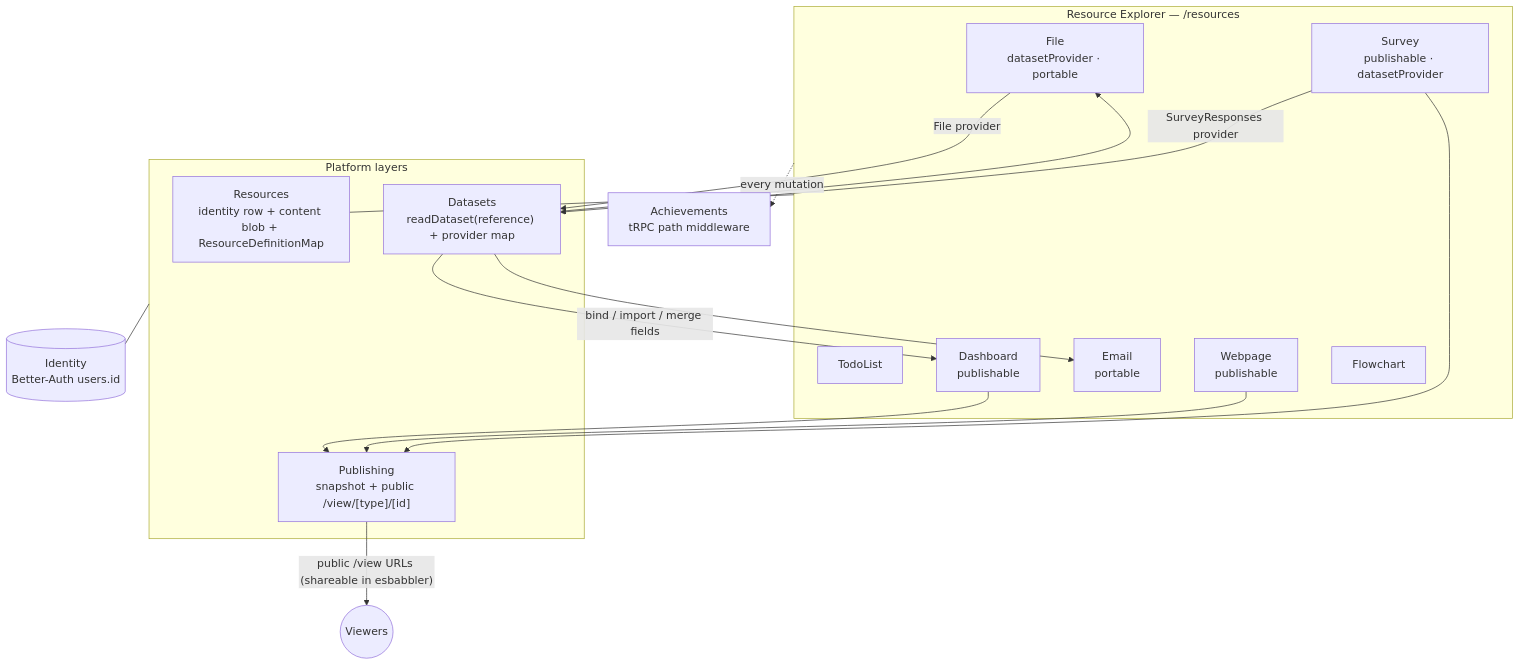
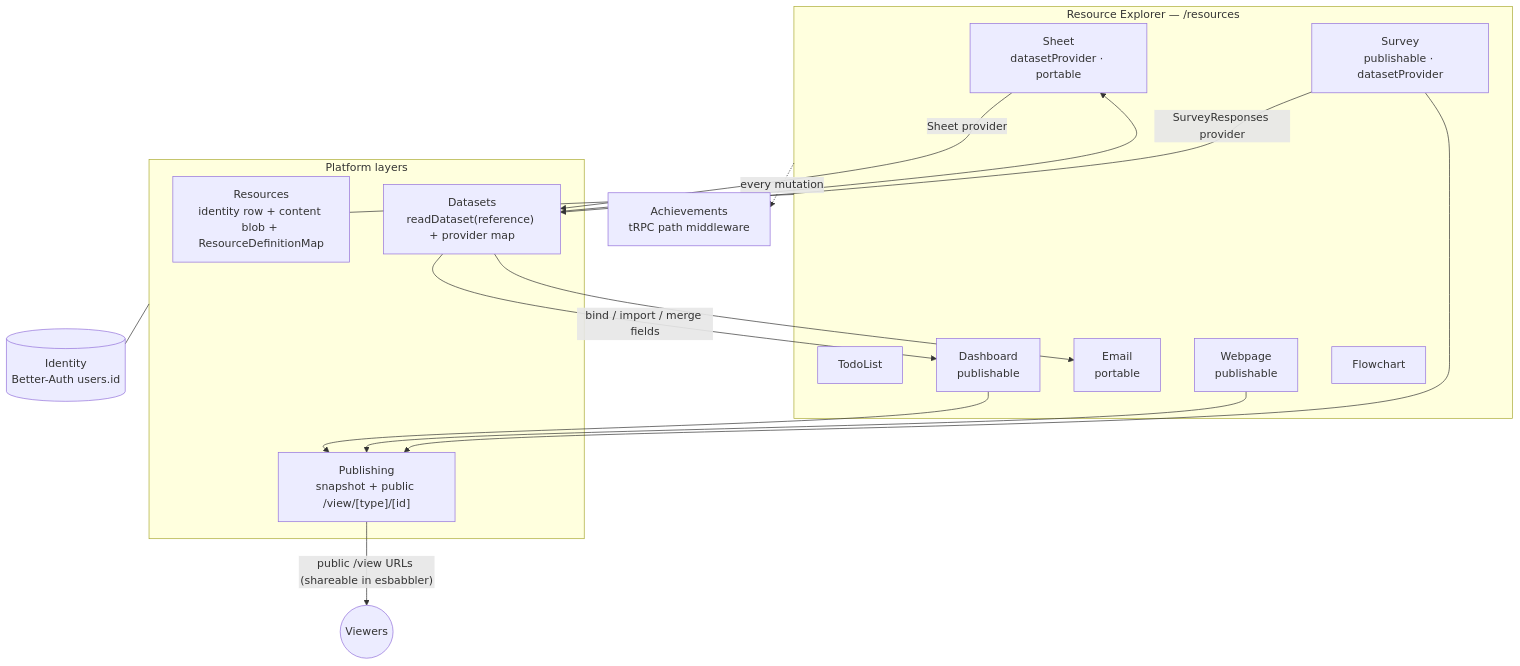
The first of 2 diagrams in packages/app/content/docs/architecture/platform.md (Esposter/Esposter), drawn with Mermaid before and after one commit. The commit also changed other lines of this file and 31 other files, not shown here.

````diff
--- a/packages/app/content/docs/architecture/platform.md
+++ b/packages/app/content/docs/architecture/platform.md
@@ -26,34 +26,34 @@
 ```mermaid
 flowchart TB
   subgraph explorer [Resource Explorer — /resources]
-    FILE[File<br/>datasetProvider · portable]
+    SHEET[Sheet<br/>datasetProvider · portable]
     SURVEY[Survey<br/>publishable · datasetProvider]
     TODO[TodoList]
     DASH[Dashboard<br/>publishable]
     EMAIL[Email<br/>portable]
     WEB[Webpage<br/>publishable]
     FLOW[Flowchart]
   end
 
   subgraph platform [Platform layers]
     RES["Resources<br/>identity row + content blob + ResourceDefinitionMap"]
     DS["Datasets<br/>readDataset(reference) + provider map"]
     PUB["Publishing<br/>snapshot + public /view/[type]/[id]"]
   end
 
   explorer --- RES
-  FILE -- File provider --> DS
+  SHEET -- Sheet provider --> DS
   SURVEY -- SurveyResponses provider --> DS
   DS -- bind / import / merge fields --> DASH
-  DS --> FILE
+  DS --> SHEET
   DS --> EMAIL
   SURVEY --> PUB
   DASH --> PUB
   WEB --> PUB
   PUB -- "public /view URLs (shareable in esbabbler)" --> WORLD((Viewers))
 
   ACH[Achievements<br/>tRPC path middleware]
   ID[(Identity<br/>Better-Auth users.id)]
   platform --- ID
   explorer -. every mutation .-> ACH
 ```
````
